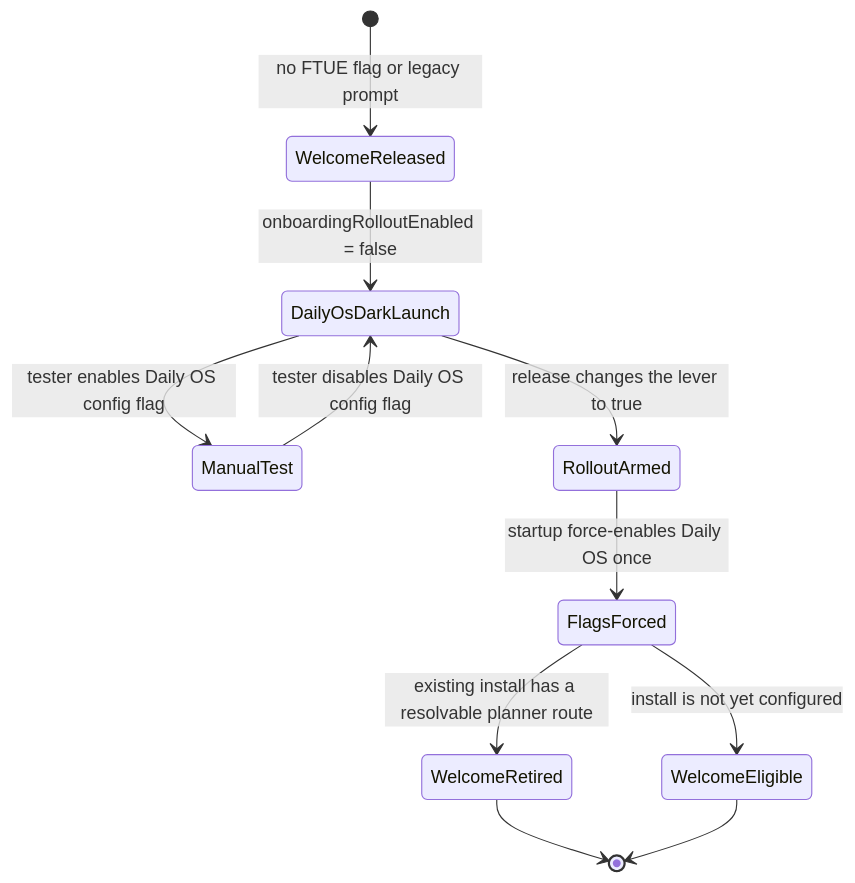
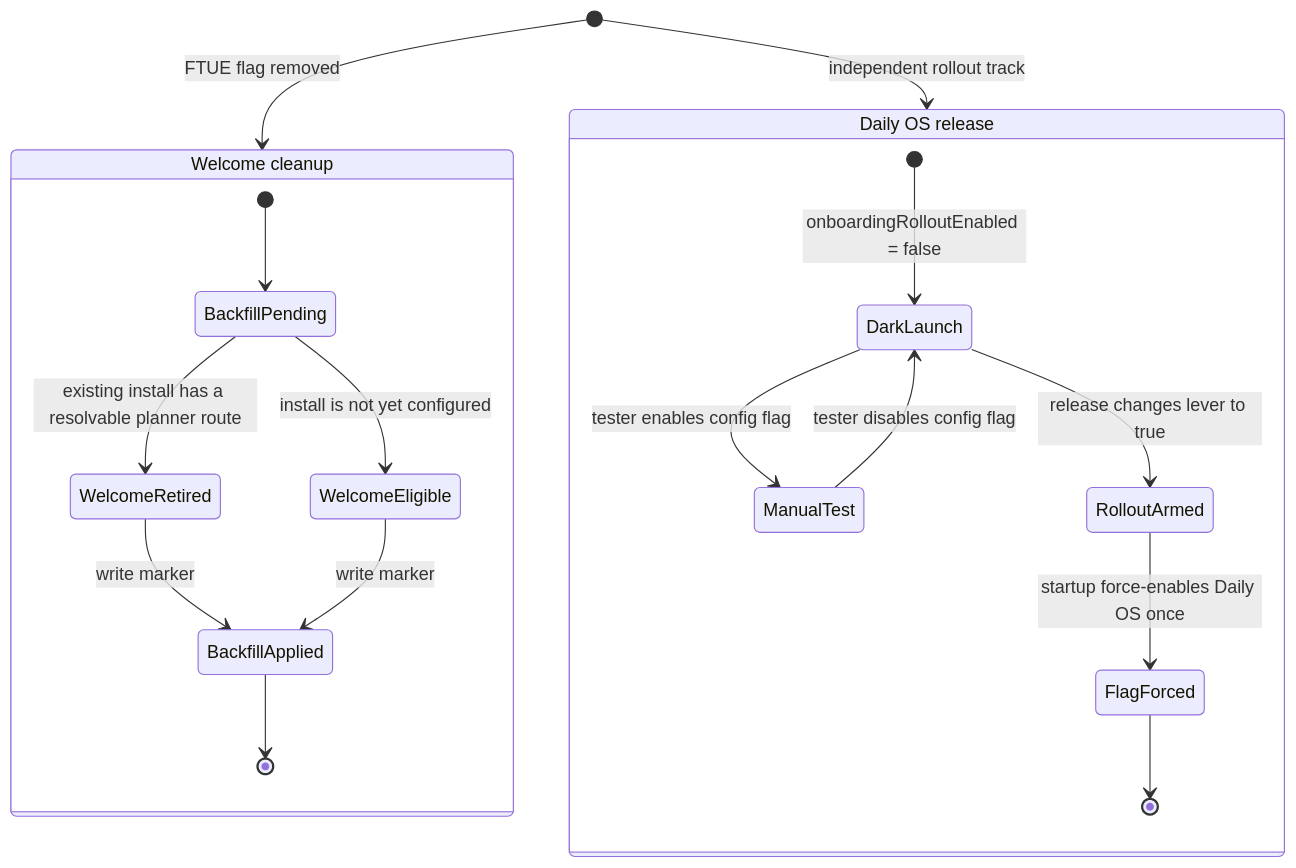
The third of 7 diagrams in lib/features/onboarding/README.md (matthiasn/lotti), drawn with Mermaid before and after one commit. The commit also changed other lines of this file and 8 other files, not shown here.

Commit message:
fix: decouple onboarding welcome backfill

````diff
--- a/lib/features/onboarding/README.md
+++ b/lib/features/onboarding/README.md
@@ -129,13 +132,21 @@
 ```mermaid
 stateDiagram-v2
-    [*] --> WelcomeReleased: no FTUE flag or legacy prompt
-    WelcomeReleased --> DailyOsDarkLaunch: onboardingRolloutEnabled = false
-    DailyOsDarkLaunch --> ManualTest: tester enables Daily OS config flag
-    ManualTest --> DailyOsDarkLaunch: tester disables Daily OS config flag
-    DailyOsDarkLaunch --> RolloutArmed: release changes the lever to true
-    RolloutArmed --> FlagsForced: startup force-enables Daily OS once
-    FlagsForced --> WelcomeRetired: existing install has a resolvable planner route
-    FlagsForced --> WelcomeEligible: install is not yet configured
-    WelcomeRetired --> [*]
-    WelcomeEligible --> [*]
+    state "Welcome cleanup" as WelcomeCleanup {
+        [*] --> BackfillPending
+        BackfillPending --> WelcomeRetired: existing install has a resolvable planner route
+        BackfillPending --> WelcomeEligible: install is not yet configured
+        WelcomeRetired --> BackfillApplied: write marker
+        WelcomeEligible --> BackfillApplied: write marker
+        BackfillApplied --> [*]
+    }
+    state "Daily OS release" as DailyOsRelease {
+        [*] --> DarkLaunch: onboardingRolloutEnabled = false
+        DarkLaunch --> ManualTest: tester enables config flag
+        ManualTest --> DarkLaunch: tester disables config flag
+        DarkLaunch --> RolloutArmed: release changes lever to true
+        RolloutArmed --> FlagForced: startup force-enables Daily OS once
+        FlagForced --> [*]
+    }
+    [*] --> WelcomeCleanup: FTUE flag removed
+    [*] --> DailyOsRelease: independent rollout track
 ```
````
